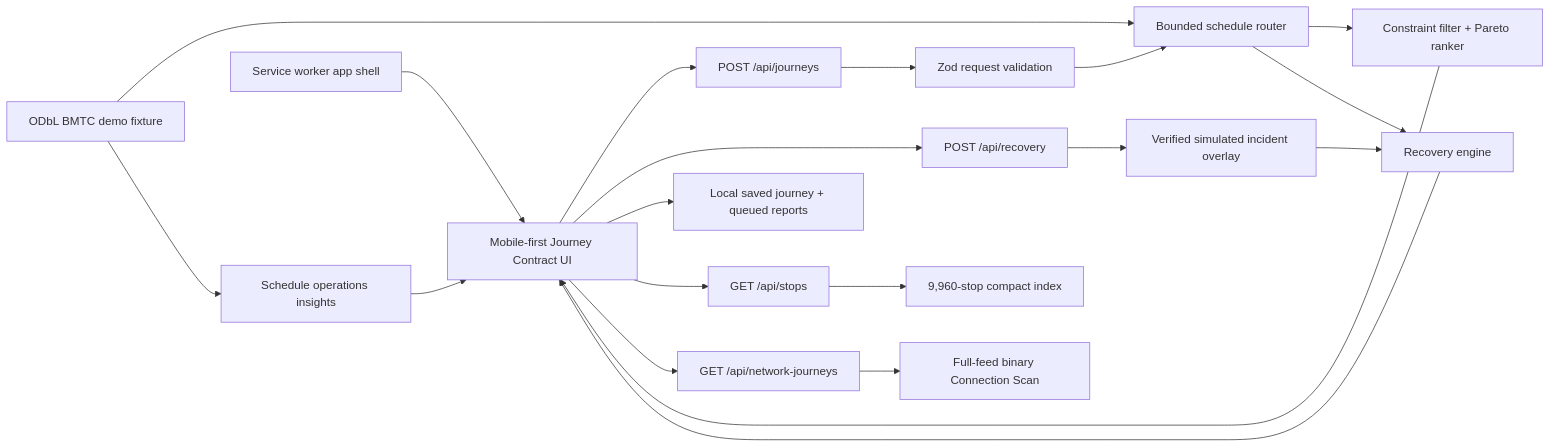
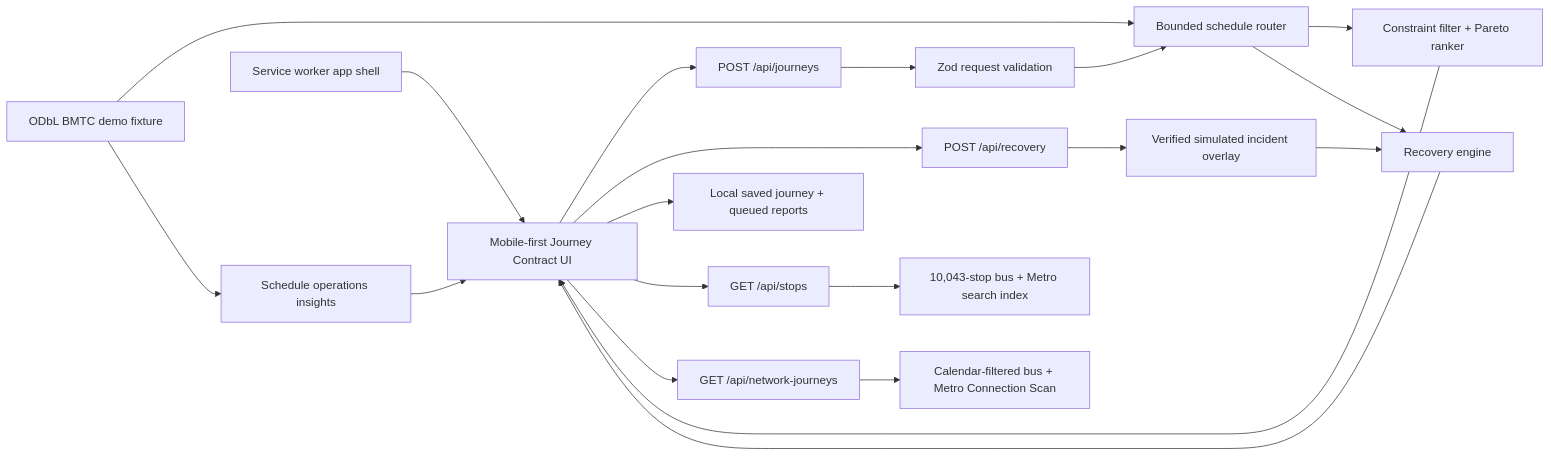
One commit to DSGAMING98/NammaLink changed the diagram in docs/ARCHITECTURE.md. Above: the diagram before and after it, drawn with Mermaid. The commit also changed other lines of this file and 38 other files, not shown here.

Commit message:
feat: add calendar-aware bus and Metro routing

````diff
--- a/docs/ARCHITECTURE.md
+++ b/docs/ARCHITECTURE.md
@@ -9,22 +9,22 @@
 ```mermaid
 flowchart LR
     UI["Mobile-first Journey Contract UI"] --> JA["POST /api/journeys"]
     UI --> RA["POST /api/recovery"]
     JA --> V["Zod request validation"]
     V --> R["Bounded schedule router"]
     GTFS["ODbL BMTC demo fixture"] --> R
     R --> P["Constraint filter + Pareto ranker"]
     P --> UI
     RA --> I["Verified simulated incident overlay"]
     I --> RE["Recovery engine"]
     R --> RE
     RE --> UI
     GTFS --> O["Schedule operations insights"]
     O --> UI
     UI --> LS["Local saved journey + queued reports"]
     SW["Service worker app shell"] --> UI
     UI --> SA["GET /api/stops"]
-    SA --> SI["9,960-stop compact index"]
+    SA --> SI["10,043-stop bus + Metro search index"]
     UI --> NA["GET /api/network-journeys"]
-    NA --> CSA["Full-feed binary Connection Scan"]
+    NA --> CSA["Calendar-filtered bus + Metro Connection Scan"]
 ```
````
